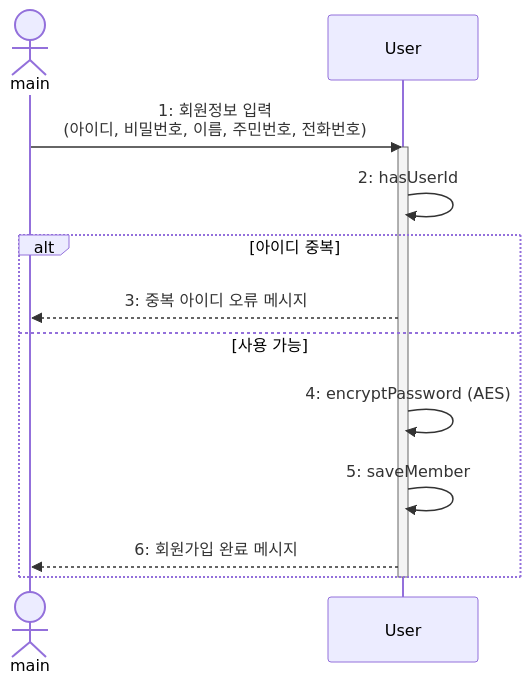
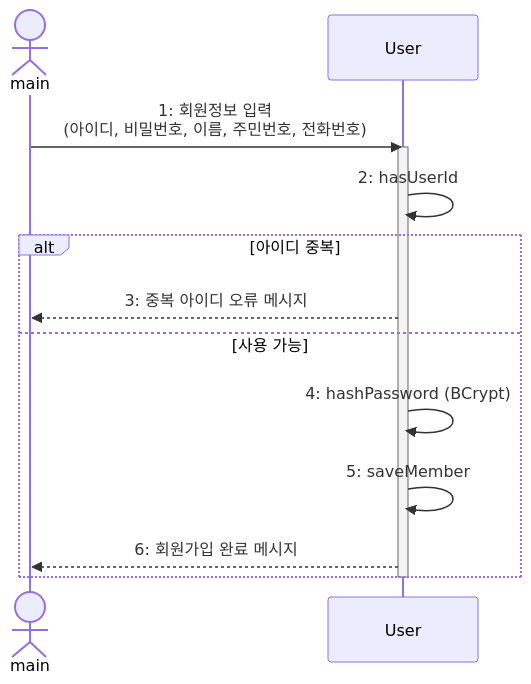
The second of 11 diagrams in Design_[21622137_최재영].md (silversky621/BankScope), drawn with Mermaid before and after one commit. The commit also changed other lines of this file and 3 other files, not shown here.

````diff
--- a/Design_[21622137_최재영].md
+++ b/Design_[21622137_최재영].md
@@ -318,18 +324,18 @@
 ```mermaid
 sequenceDiagram
     actor main
     participant User
 
     main->>User: 1: 회원정보 입력<br/>(아이디, 비밀번호, 이름, 주민번호, 전화번호)
     activate User
     User->>User: 2: hasUserId
 
     alt 아이디 중복
         User-->>main: 3: 중복 아이디 오류 메시지
     else 사용 가능
-        User->>User: 4: encryptPassword (AES)
+        User->>User: 4: hashPassword (BCrypt)
         User->>User: 5: saveMember
         User-->>main: 6: 회원가입 완료 메시지
     end
     deactivate User
 ```
````
